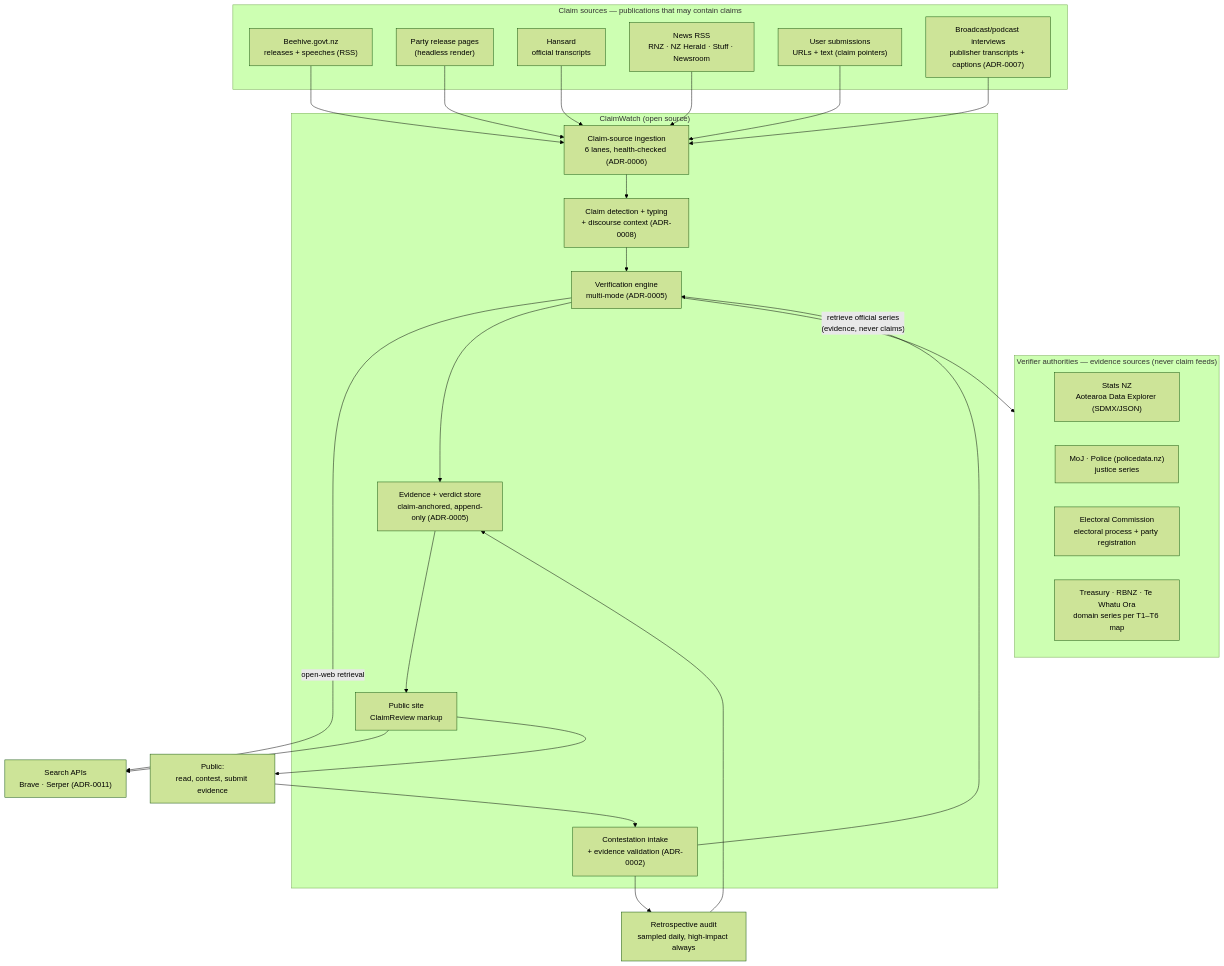
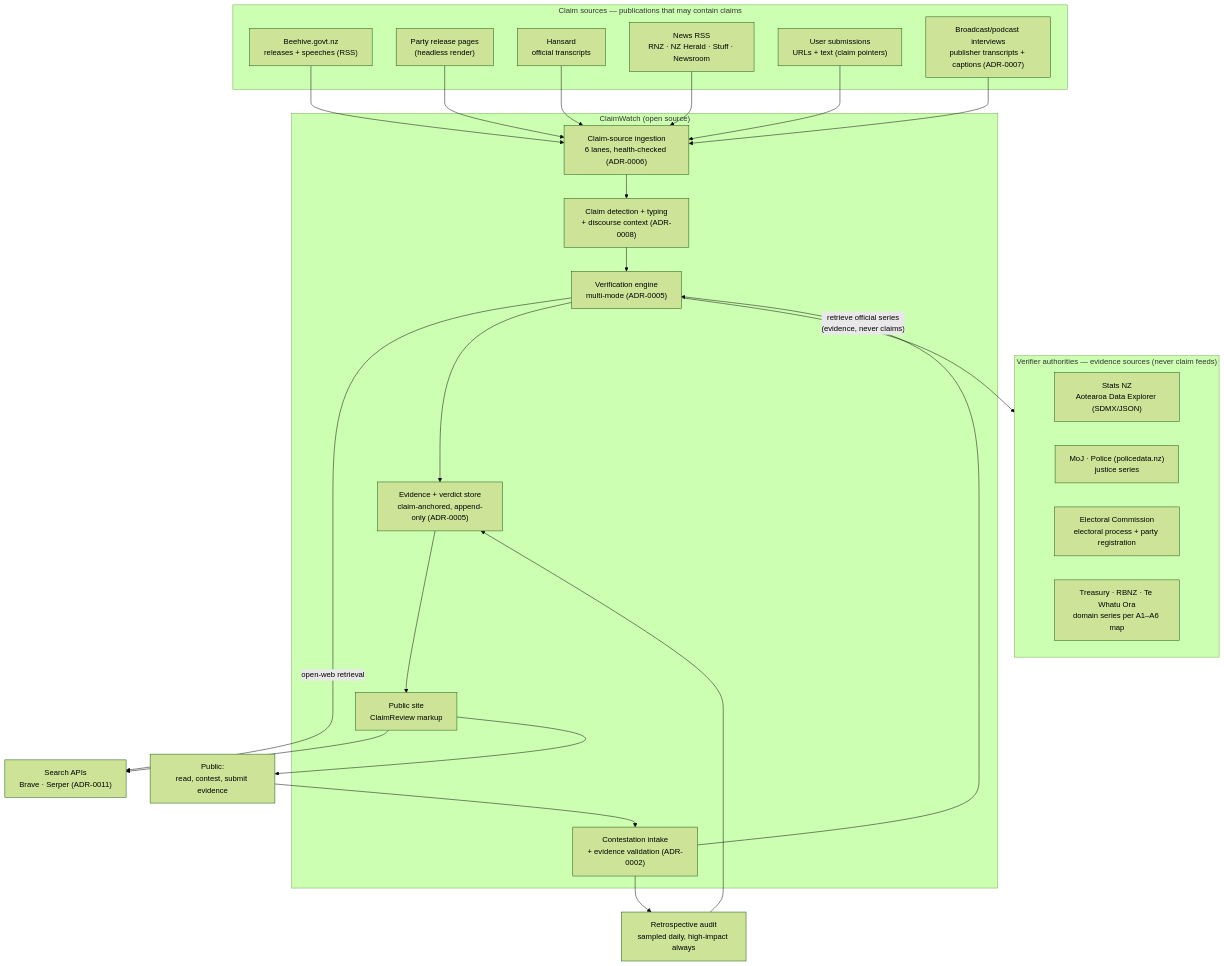
Before and after one commit to bradleyscott/claimwatch-nz: the first of 5 diagrams in docs/ARCHITECTURE.md, drawn with Mermaid (forest theme). The commit also changed other lines of this file and 13 other files, not shown here.

````diff
--- a/docs/ARCHITECTURE.md
+++ b/docs/ARCHITECTURE.md
@@ -9,50 +9,50 @@
 ```mermaid
 flowchart TB
     subgraph CLAIM_SOURCES["Claim sources — publications that may contain claims"]
         BEEHIVE["Beehive.govt.nz<br/>releases + speeches (RSS)"]
         PARTIES["Party release pages<br/>(headless render)"]
         HANSARD["Hansard<br/>official transcripts"]
         NEWS["News RSS<br/>RNZ · NZ Herald · Stuff · Newsroom"]
         SUBMIT["User submissions<br/>URLs + text (claim pointers)"]
         BCAST["Broadcast/podcast interviews<br/>publisher transcripts + captions (ADR-0007)"]
     end
 
     subgraph AUTHORITIES["Verifier authorities — evidence sources (never claim feeds)"]
         STATS["Stats NZ<br/>Aotearoa Data Explorer (SDMX/JSON)"]
         MOJ["MoJ · Police (policedata.nz)<br/>justice series"]
         ELECTORAL["Electoral Commission<br/>electoral process + party registration"]
-        OTHER["Treasury · RBNZ · Te Whatu Ora<br/>domain series per T1–T6 map"]
+        OTHER["Treasury · RBNZ · Te Whatu Ora<br/>domain series per A1–A6 map"]
     end
 
     subgraph CW["ClaimWatch (open source)"]
         INGEST["Claim-source ingestion<br/>6 lanes, health-checked (ADR-0006)"]
         TRIAGE["Claim detection + typing<br/>+ discourse context (ADR-0008)"]
         VERIFY["Verification engine<br/>multi-mode (ADR-0005)"]
         STORE["Evidence + verdict store<br/>claim-anchored, append-only (ADR-0005)"]
         SITE["Public site<br/>ClaimReview markup"]
         CONTEST["Contestation intake<br/>+ evidence validation (ADR-0002)"]
     end
 
     PUBLIC["Public:<br/>read, contest, submit evidence"]
     SEARCH["Search APIs<br/>Brave · Serper (ADR-0011)"]
     AUDIT["Retrospective audit<br/>sampled daily, high-impact always"]
 
     BEEHIVE --> INGEST
     PARTIES --> INGEST
     HANSARD --> INGEST
     NEWS --> INGEST
     SUBMIT --> INGEST
     BCAST --> INGEST
     INGEST --> TRIAGE
     TRIAGE --> VERIFY
     VERIFY -- "retrieve official series<br/>(evidence, never claims)" --> AUTHORITIES
     VERIFY -- "open-web retrieval" --> SEARCH
     VERIFY --> STORE
     STORE --> SITE
     SITE --> SEARCH
     SITE --> PUBLIC
     PUBLIC --> CONTEST
     CONTEST --> VERIFY
     CONTEST --> AUDIT
     AUDIT --> STORE
 ```
````
